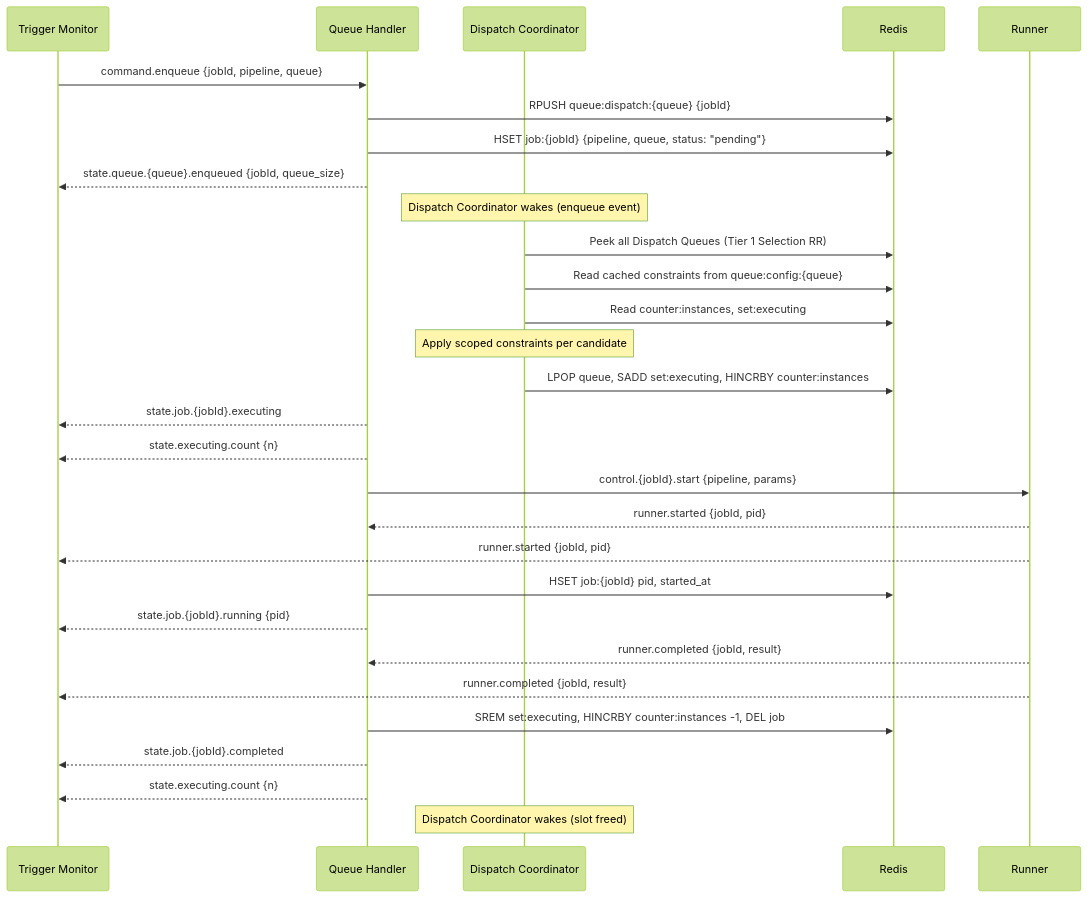
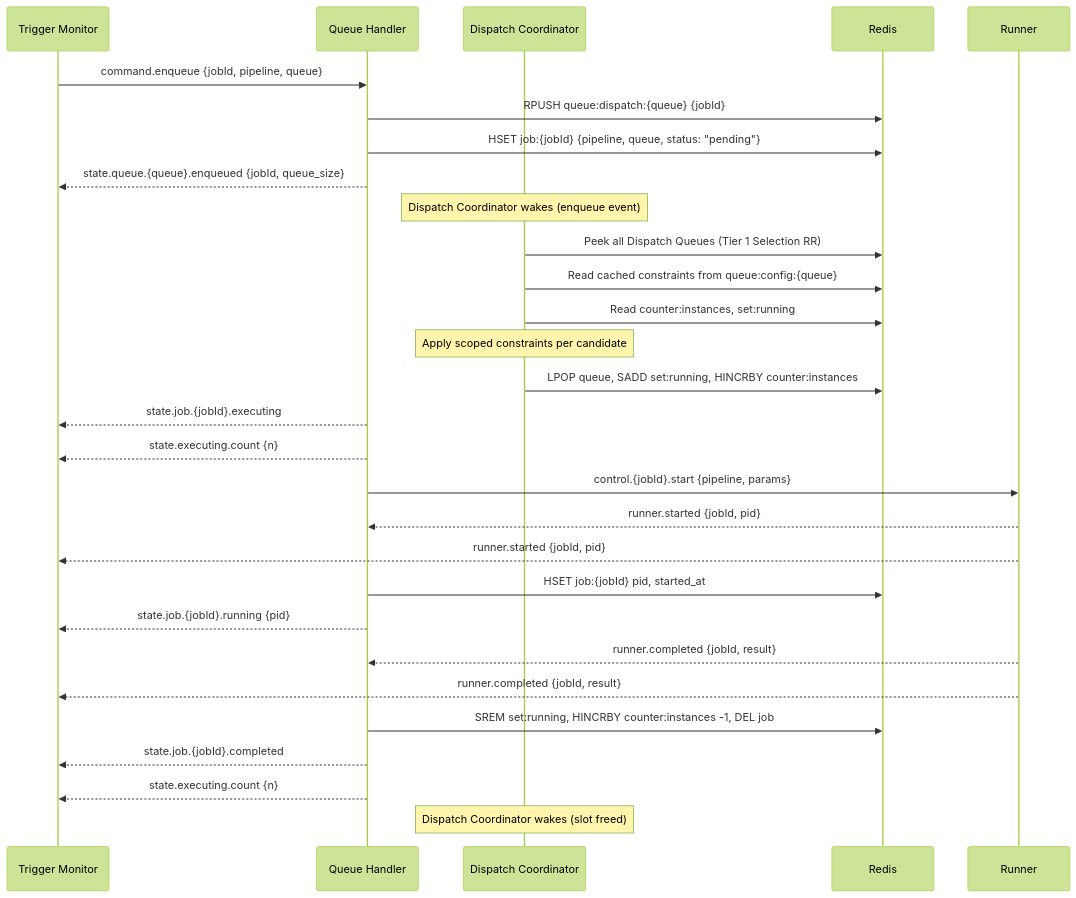
The first of 5 diagrams in docs/technical/plan/queue-manager/sequence-diagrams.md (hasan-alj88/Polyglot), drawn with Mermaid (forest theme) before and after one commit. The commit also changed other lines of this file and 92 other files, not shown here.

````diff
--- a/docs/technical/plan/queue-manager/sequence-diagrams.md
+++ b/docs/technical/plan/queue-manager/sequence-diagrams.md
@@ -14,35 +14,35 @@
 ```mermaid
 sequenceDiagram
     participant TM as Trigger Monitor
     participant QH as Queue Handler
     participant DC as Dispatch Coordinator
     participant Redis
     participant Runner
 
     TM->>QH: command.enqueue {jobId, pipeline, queue}
     QH->>Redis: RPUSH queue:dispatch:{queue} {jobId}
     QH->>Redis: HSET job:{jobId} {pipeline, queue, status: "pending"}
     QH-->>TM: state.queue.{queue}.enqueued {jobId, queue_size}
 
     Note over DC: Dispatch Coordinator wakes (enqueue event)
     DC->>Redis: Peek all Dispatch Queues (Tier 1 Selection RR)
     DC->>Redis: Read cached constraints from queue:config:{queue}
-    DC->>Redis: Read counter:instances, set:executing
+    DC->>Redis: Read counter:instances, set:running
     Note over DC: Apply scoped constraints per candidate
-    DC->>Redis: LPOP queue, SADD set:executing, HINCRBY counter:instances
+    DC->>Redis: LPOP queue, SADD set:running, HINCRBY counter:instances
     QH-->>TM: state.job.{jobId}.executing
     QH-->>TM: state.executing.count {n}
     QH->>Runner: control.{jobId}.start {pipeline, params}
 
     Runner-->>QH: runner.started {jobId, pid}
     Runner-->>TM: runner.started {jobId, pid}
     QH->>Redis: HSET job:{jobId} pid, started_at
     QH-->>TM: state.job.{jobId}.running {pid}
 
     Runner-->>QH: runner.completed {jobId, result}
     Runner-->>TM: runner.completed {jobId, result}
-    QH->>Redis: SREM set:executing, HINCRBY counter:instances -1, DEL job
+    QH->>Redis: SREM set:running, HINCRBY counter:instances -1, DEL job
     QH-->>TM: state.job.{jobId}.completed
     QH-->>TM: state.executing.count {n}
     Note over DC: Dispatch Coordinator wakes (slot freed)
 ```
````
